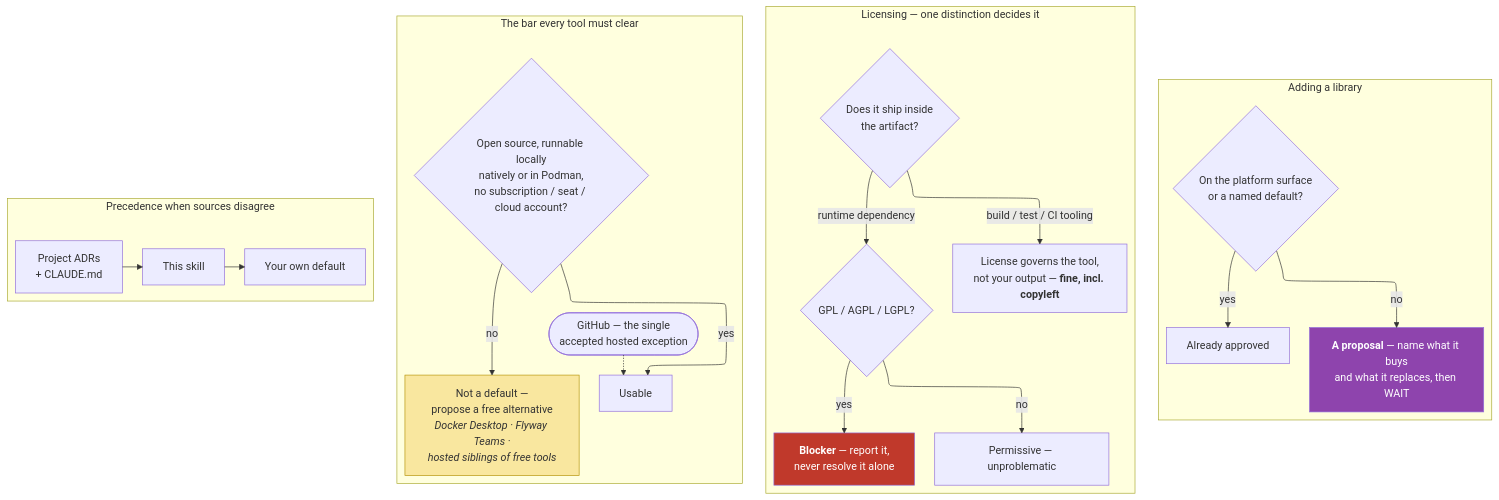
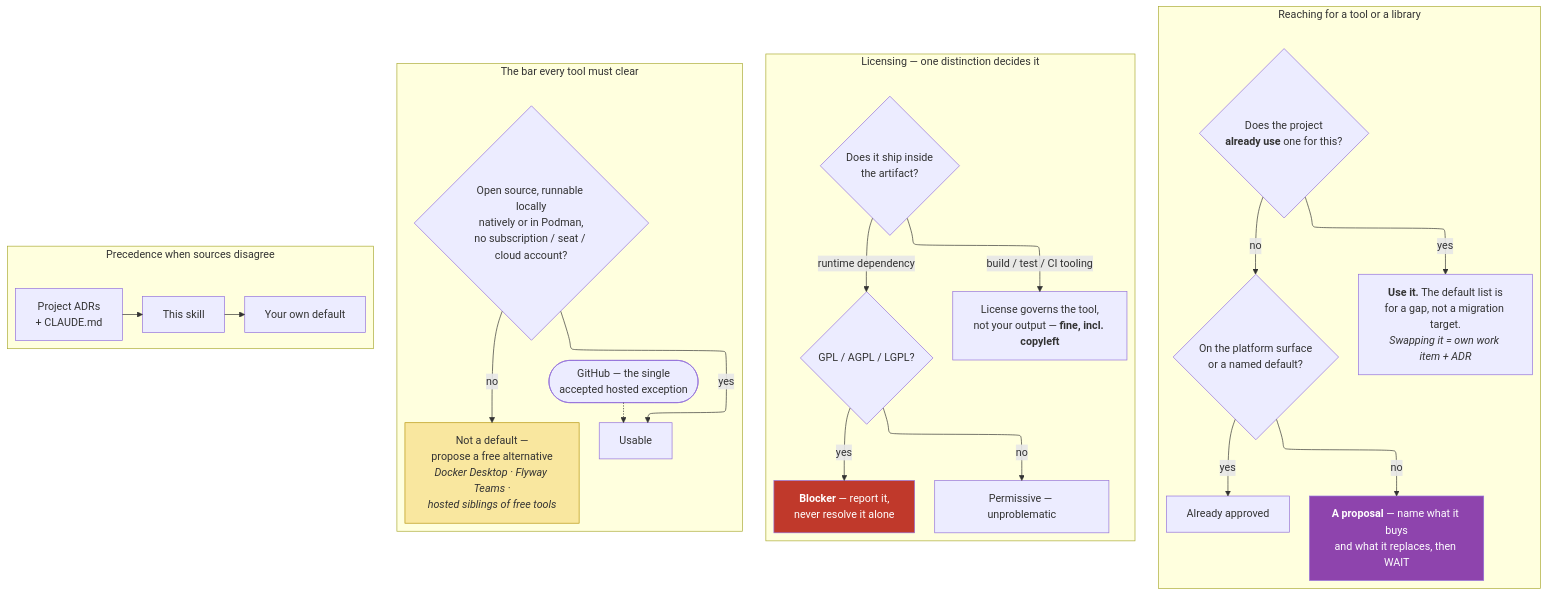
The ninth of 10 diagrams in docs/delivery-flow.md (os890/skill_disciplined-delivery), drawn with Mermaid before and after one commit. The commit also changed other lines of this file and 14 other files, not shown here.

````diff
--- a/docs/delivery-flow.md
+++ b/docs/delivery-flow.md
@@ -269,40 +296,42 @@
 ```mermaid
 ---
 config:
   layout: elk
   elk:
     mergeEdges: true
     nodePlacementStrategy: BRANDES_KOEPF
 ---
 flowchart TD
-    subgraph DEP["Adding a library"]
-        D1{"On the platform surface<br/>or a named default?"}
+    subgraph DEP["Reaching for a tool or a library"]
+        E1{"Does the project<br/><b>already use</b> one for this?"}
+        E1 -->|yes| E2["<b>Use it.</b> The default list is<br/>for a gap, not a migration target.<br/><i>Swapping it = own work item + ADR</i>"]
+        E1 -->|no| D1{"On the platform surface<br/>or a named default?"}
         D1 -->|yes| D2["Already approved"]
         D1 -->|no| D3["<b>A proposal</b> — name what it buys<br/>and what it replaces, then WAIT"]
     end
 
     subgraph LIC["Licensing — one distinction decides it"]
         L1{"Does it ship inside<br/>the artifact?"}
         L1 -->|"build / test / CI tooling"| L2["License governs the tool,<br/>not your output — <b>fine, incl. copyleft</b>"]
         L1 -->|"runtime dependency"| L3{"GPL / AGPL / LGPL?"}
         L3 -->|yes| L4["<b>Blocker</b> — report it,<br/>never resolve it alone"]
         L3 -->|no| L5["Permissive — unproblematic"]
     end
 
     subgraph BAR["The bar every tool must clear"]
         B1{"Open source, runnable locally<br/>natively or in Podman,<br/>no subscription / seat / cloud account?"}
         B1 -->|no| B2["Not a default —<br/>propose a free alternative<br/><i>Docker Desktop · Flyway Teams ·<br/>hosted siblings of free tools</i>"]
         B1 -->|yes| B3["Usable"]
         B4(["GitHub — the single<br/>accepted hosted exception"]) -.-> B3
     end
 
     subgraph PREC["Precedence when sources disagree"]
         direction LR
         X1["Project ADRs<br/>+ CLAUDE.md"] --> X2["This skill"] --> X3["Your own default"]
     end
 
 
     style B2 fill:#f9e79f,stroke:#b7950b
     style L4 fill:#c0392b,color:#fff
     style D3 fill:#8e44ad,color:#fff
 ```
````
